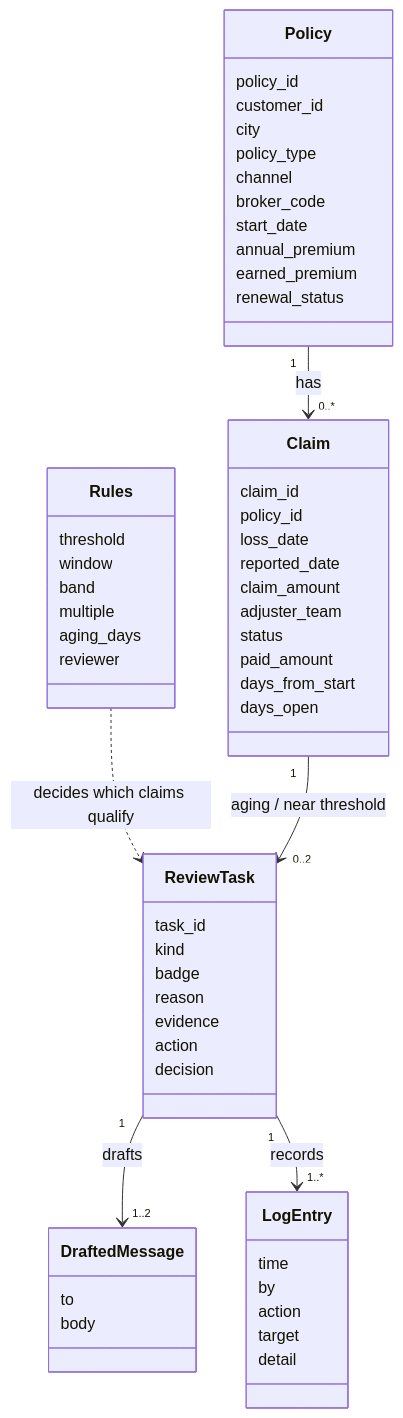
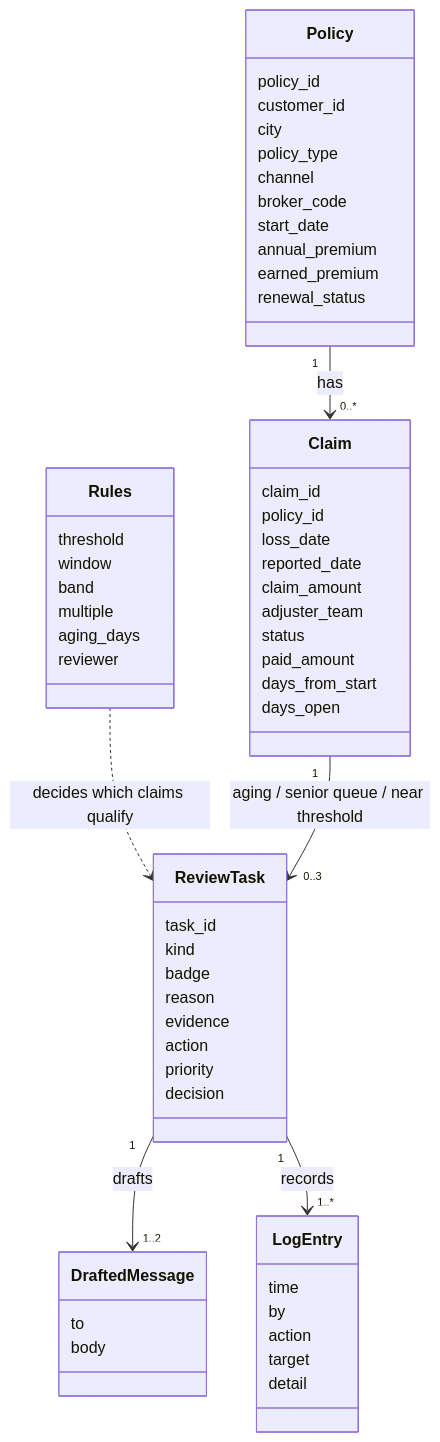
The second of 4 diagrams in README.md (Arley100/millennium-signal), drawn with Mermaid before and after one commit. The commit also changed other lines of this file and 20 other files, not shown here.

First line of the commit message:
Add senior queue monitor from Wanlin's pipeline; list open conflicts

````diff
--- a/README.md
+++ b/README.md
@@ -133,60 +134,61 @@
 ```mermaid
 classDiagram
     class Policy {
         policy_id
         customer_id
         city
         policy_type
         channel
         broker_code
         start_date
         annual_premium
         earned_premium
         renewal_status
     }
     class Claim {
         claim_id
         policy_id
         loss_date
         reported_date
         claim_amount
         adjuster_team
         status
         paid_amount
         days_from_start
         days_open
     }
     class Rules {
         threshold
         window
         band
         multiple
         aging_days
         reviewer
     }
     class ReviewTask {
         task_id
         kind
         badge
         reason
         evidence
         action
+        priority
         decision
     }
     class DraftedMessage {
         to
         body
     }
     class LogEntry {
         time
         by
         action
         target
         detail
     }
     Policy "1" --> "0..*" Claim : has
     Rules ..> ReviewTask : decides which claims qualify
-    Claim "1" --> "0..2" ReviewTask : aging / near threshold
+    Claim "1" --> "0..3" ReviewTask : aging / senior queue / near threshold
     ReviewTask "1" --> "1..2" DraftedMessage : drafts
     ReviewTask "1" --> "1..*" LogEntry : records
 ```
````
